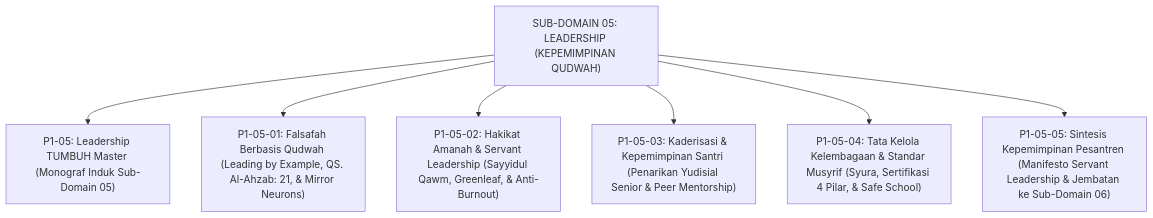
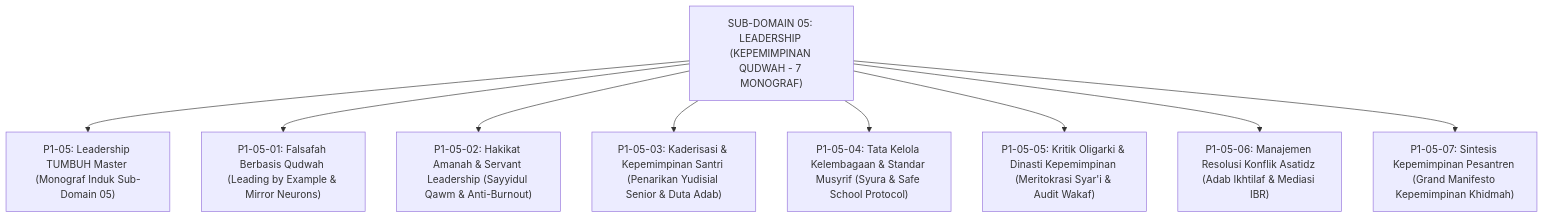
Before and after one commit to wandiapriliyandi/tumbuh: the diagram in 01 Philosophy/05 Leadership/README.md, drawn with Mermaid. The commit also changed other lines of this file and 15 other files, not shown here.

````diff
--- a/01 Philosophy/05 Leadership/README.md
+++ b/01 Philosophy/05 Leadership/README.md
@@ -14,11 +14,13 @@
 ```mermaid
 graph TD
-    Leadership["SUB-DOMAIN 05: LEADERSHIP (KEPEMIMPINAN QUDWAH)"]
+    Leadership["SUB-DOMAIN 05: LEADERSHIP (KEPEMIMPINAN QUDWAH - 7 MONOGRAF)"]
     
     Leadership --> Master["P1-05: Leadership TUMBUH Master (Monograf Induk Sub-Domain 05)"]
-    Leadership --> M1["P1-05-01: Falsafah Berbasis Qudwah (Leading by Example, QS. Al-Ahzab: 21, & Mirror Neurons)"]
-    Leadership --> M2["P1-05-02: Hakikat Amanah & Servant Leadership (Sayyidul Qawm, Greenleaf, & Anti-Burnout)"]
-    Leadership --> M3["P1-05-03: Kaderisasi & Kepemimpinan Santri (Penarikan Yudisial Senior & Peer Mentorship)"]
-    Leadership --> M4["P1-05-04: Tata Kelola Kelembagaan & Standar Musyrif (Syura, Sertifikasi 4 Pilar, & Safe School)"]
-    Leadership --> M5["P1-05-05: Sintesis Kepemimpinan Pesantren (Manifesto Servant Leadership & Jembatan ke Sub-Domain 06)"]
+    Leadership --> M1["P1-05-01: Falsafah Berbasis Qudwah (Leading by Example & Mirror Neurons)"]
+    Leadership --> M2["P1-05-02: Hakikat Amanah & Servant Leadership (Sayyidul Qawm & Anti-Burnout)"]
+    Leadership --> M3["P1-05-03: Kaderisasi & Kepemimpinan Santri (Penarikan Yudisial Senior & Duta Adab)"]
+    Leadership --> M4["P1-05-04: Tata Kelola Kelembagaan & Standar Musyrif (Syura & Safe School Protocol)"]
+    Leadership --> M5["P1-05-05: Kritik Oligarki & Dinasti Kepemimpinan (Meritokrasi Syar'i & Audit Wakaf)"]
+    Leadership --> M6["P1-05-06: Manajemen Resolusi Konflik Asatidz (Adab Ikhtilaf & Mediasi IBR)"]
+    Leadership --> M7["P1-05-07: Sintesis Kepemimpinan Pesantren (Grand Manifesto Kepemimpinan Khidmah)"]
 ```
````
